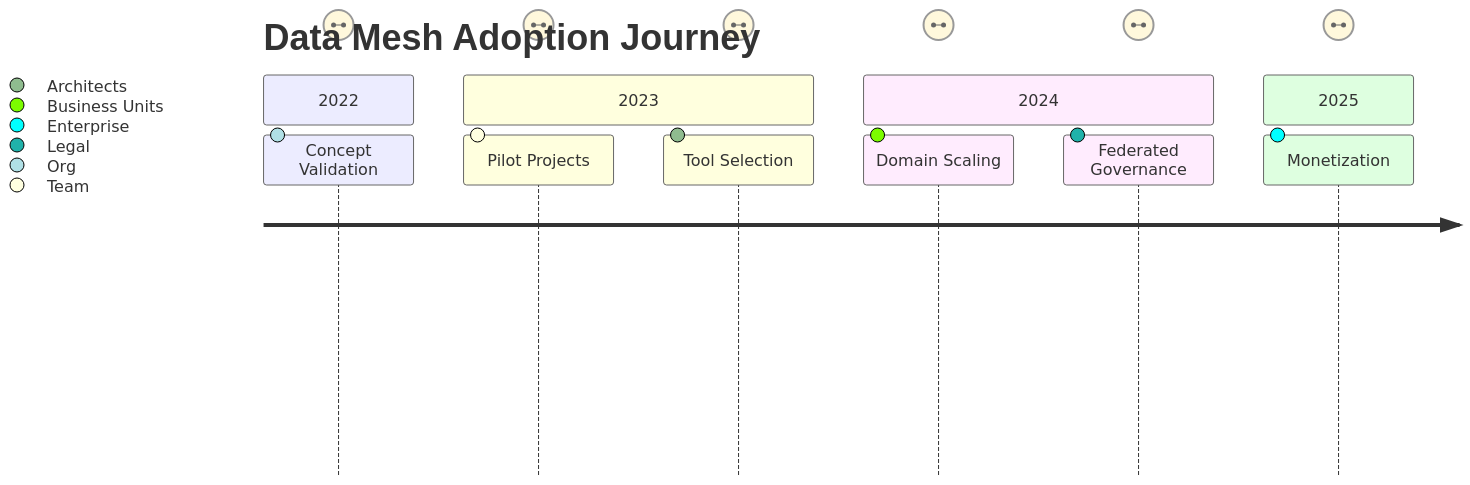
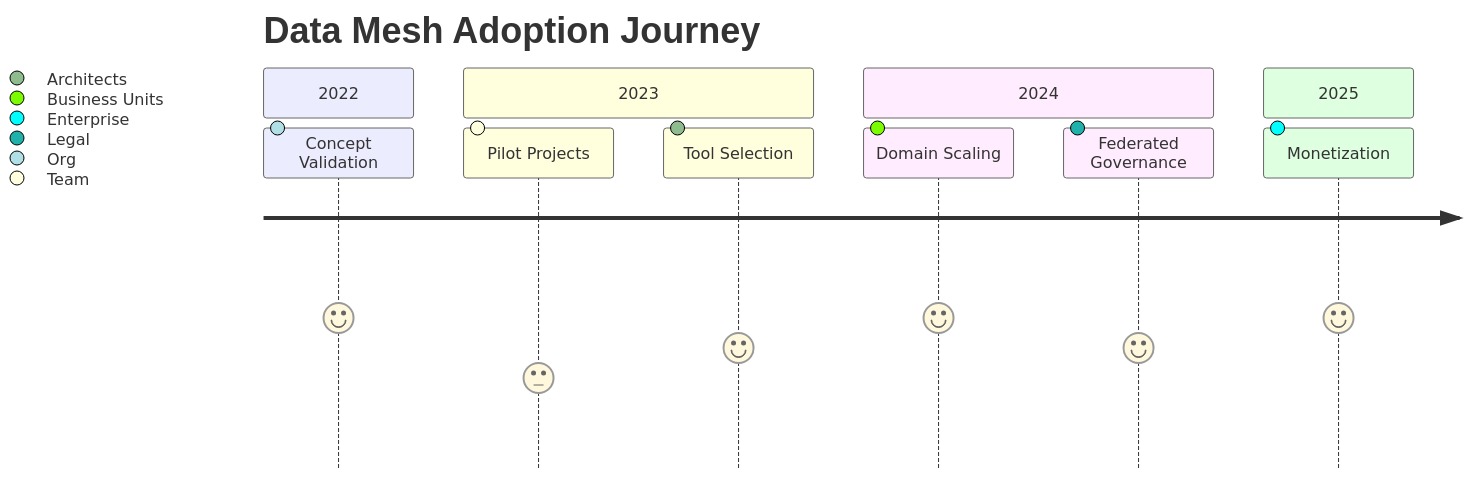
The second of 3 diagrams in pages/dataengineering/opensource-de.mdx (mattummal/manuals), drawn with Mermaid before and after one commit.

````diff
--- a/pages/dataengineering/opensource-de.mdx
+++ b/pages/dataengineering/opensource-de.mdx
@@ -76,14 +76,14 @@
 ```mermaid
 journey
   title Data Mesh Adoption Journey
   section 2022
-    Concept Validation: "5": Org
+    Concept Validation: 5: Org
   section 2023
-    Pilot Projects: "3": Team
-    Tool Selection: "4": Architects
+    Pilot Projects: 3: Team
+    Tool Selection: 4: Architects
   section 2024
-    Domain Scaling: "5": Business Units
-    Federated Governance: "4": Legal
+    Domain Scaling: 5: Business Units
+    Federated Governance: 4: Legal
   section 2025
-    Monetization: "5": Enterprise
+    Monetization: 5: Enterprise
 ```
````
